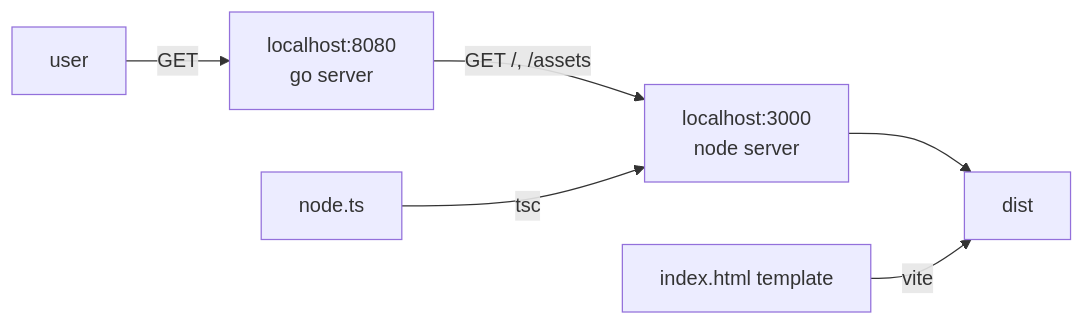
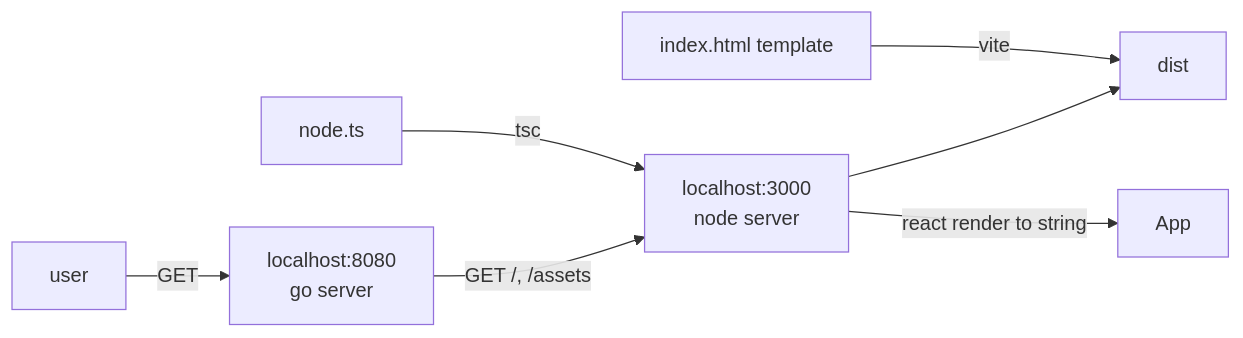
One commit to SparkCode/todo-app changed the diagram in docs/architecture.md. Above: the diagram before and after it, drawn with Mermaid. The commit also changed 4 other files, not shown here.

````diff
--- a/docs/architecture.md
+++ b/docs/architecture.md
@@ -1,9 +1,10 @@
 ```mermaid
 graph LR;
     A[user] -- GET --> B[localhost:8080 <br>go server]
     B -- GET /, /assets--> C[localhost:3000 <br> node server]
     C --> D["dist"]
+    C -- react render to string --> E["App"]
     F[node.ts] -- tsc --> C
     G[index.html template] -- vite--> D
 
 ```
````
